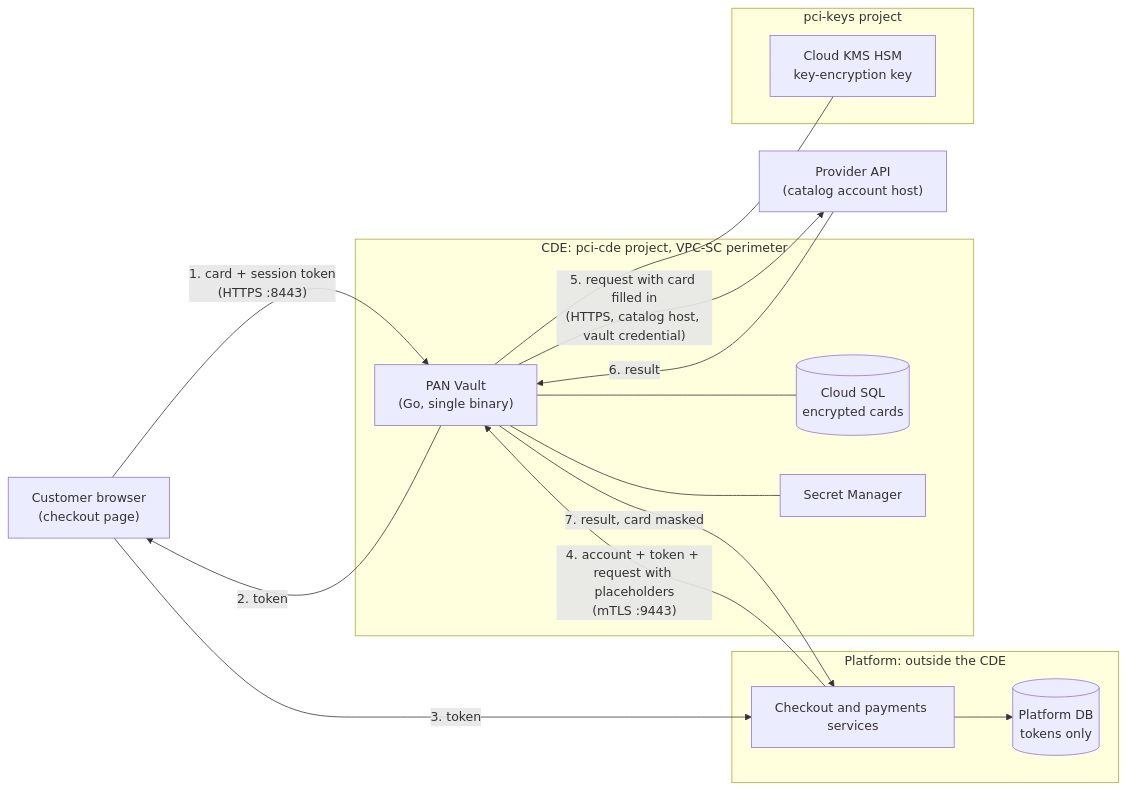
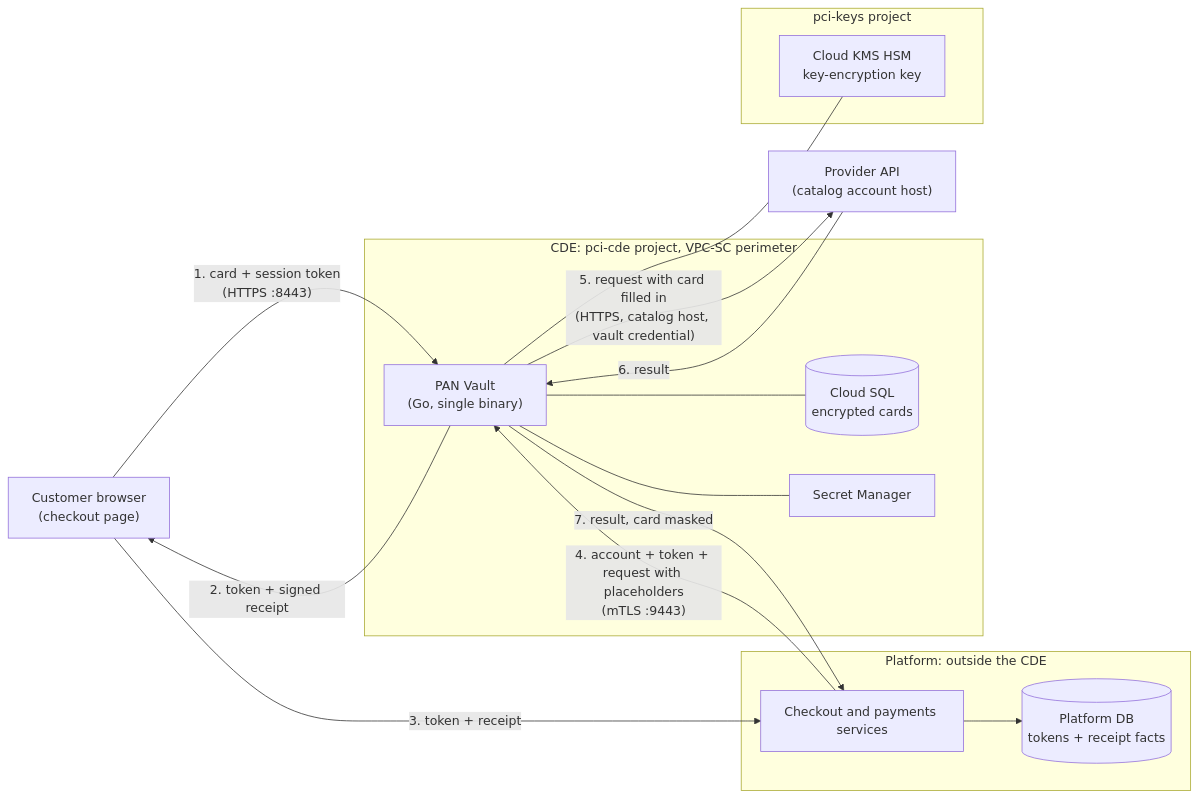
Before and after one commit to camcima/tokenizer: the fourth of 11 diagrams in README.md, drawn with Mermaid. The commit also changed other lines of this file and 12 other files, not shown here.

First line of the commit message:
feat: Ed25519-signed card receipt from /tokenize (#1)

````diff
--- a/README.md
+++ b/README.md
@@ -219,29 +219,29 @@
 ```mermaid
 flowchart LR
     Browser["Customer browser<br/>(checkout page)"]
     subgraph Platform["Platform: outside the CDE"]
         API[Checkout and payments services]
-        PDB[(Platform DB<br/>tokens only)]
+        PDB[("Platform DB<br/>tokens + receipt facts")]
     end
     subgraph CDE["CDE: pci-cde project, VPC-SC perimeter"]
         Vault["PAN Vault<br/>(Go, single binary)"]
         SQL[("Cloud SQL<br/>encrypted cards")]
         SM[Secret Manager]
     end
     subgraph Keys["pci-keys project"]
         KMS[Cloud KMS HSM<br/>key-encryption key]
     end
     Stripe["Provider API<br/>(catalog account host)"]
 
     Browser -- "1. card + session token<br/>(HTTPS :8443)" --> Vault
-    Vault -- "2. token" --> Browser
-    Browser -- "3. token" --> API
+    Vault -- "2. token + signed receipt" --> Browser
+    Browser -- "3. token + receipt" --> API
     API --> PDB
     API -- "4. account + token + request with placeholders<br/>(mTLS :9443)" --> Vault
     Vault -- "5. request with card filled in<br/>(HTTPS, catalog host, vault credential)" --> Stripe
     Stripe -- "6. result" --> Vault
     Vault -- "7. result, card masked" --> API
     Vault --- SQL
     Vault --- SM
     Vault --- KMS
 ```
````
